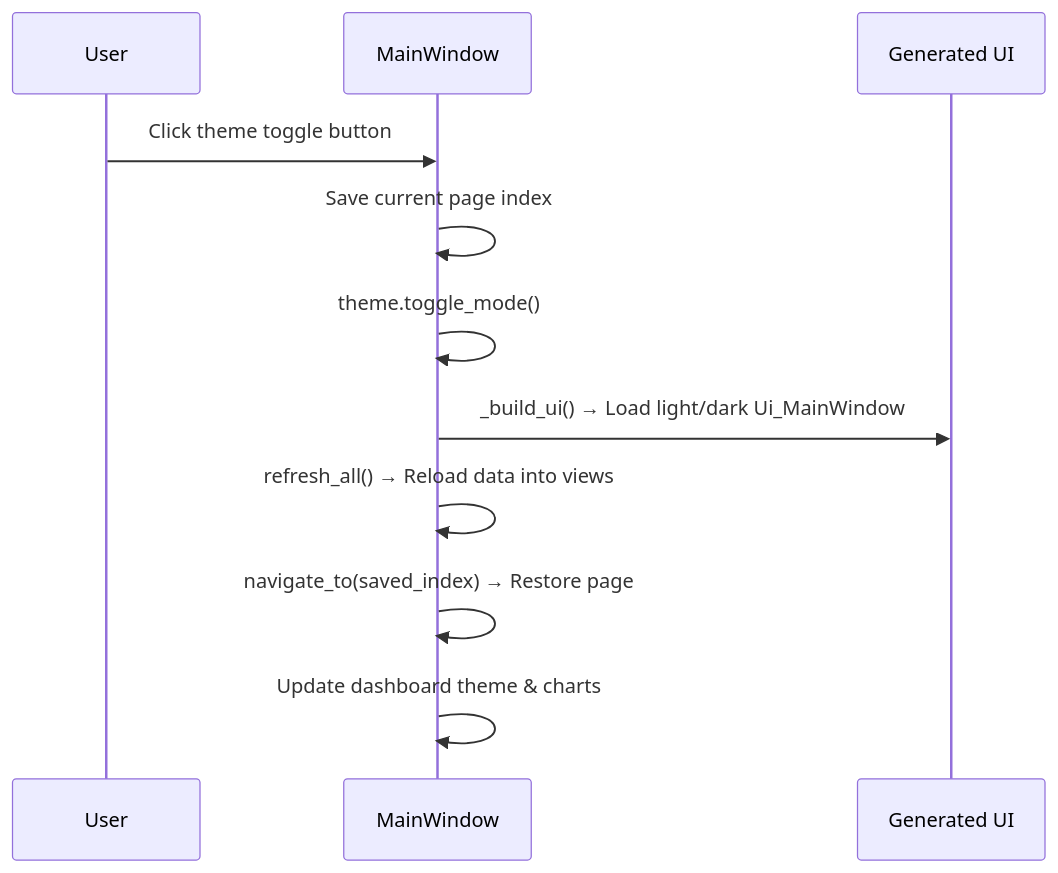
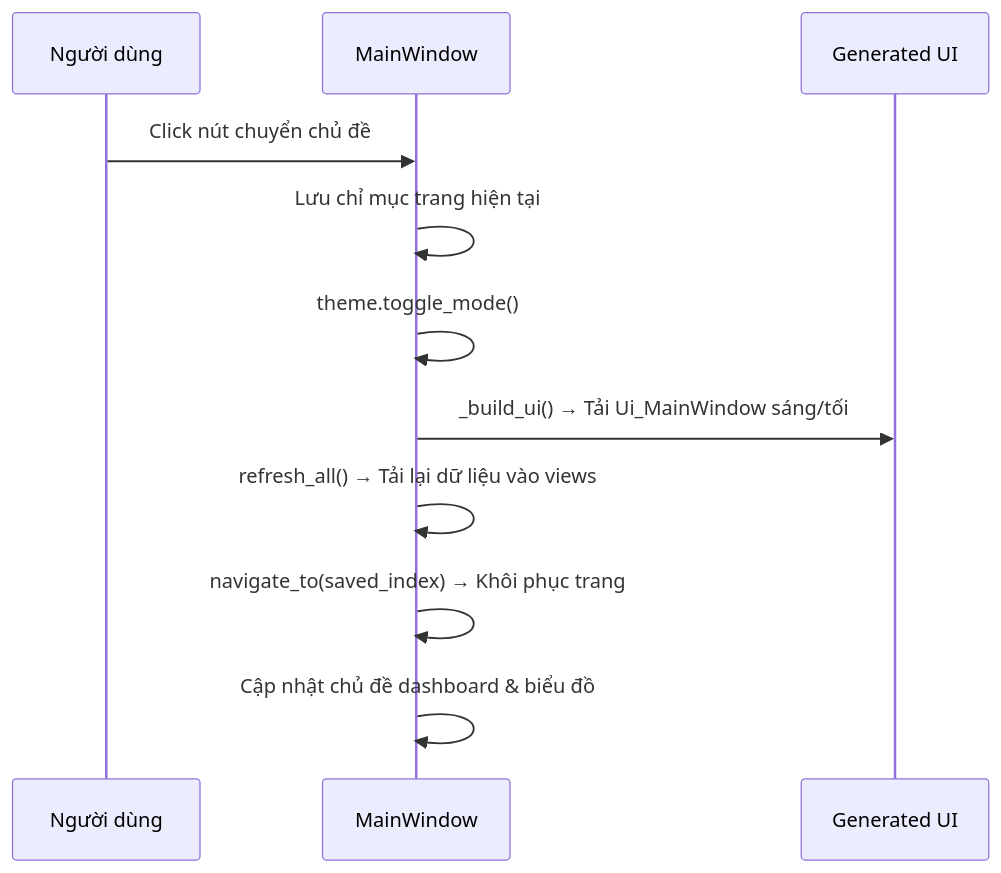
Before and after one commit to Des1r3d/KiThuatLapTrinhNhom3: the third of 3 diagrams in context.md, drawn with Mermaid. The commit also changed other lines of this file and 30 other files, not shown here.

````diff
--- a/context.md
+++ b/context.md
@@ -383,14 +431,14 @@
 ```mermaid
 sequenceDiagram
-    participant U as User
+    participant U as Người dùng
     participant MW as MainWindow
     participant UI as Generated UI
 
-    U->>MW: Click theme toggle button
-    MW->>MW: Save current page index
+    U->>MW: Click nút chuyển chủ đề
+    MW->>MW: Lưu chỉ mục trang hiện tại
     MW->>MW: theme.toggle_mode()
-    MW->>UI: _build_ui() → Load light/dark Ui_MainWindow
-    MW->>MW: refresh_all() → Reload data into views
-    MW->>MW: navigate_to(saved_index) → Restore page
-    MW->>MW: Update dashboard theme & charts
+    MW->>UI: _build_ui() → Tải Ui_MainWindow sáng/tối
+    MW->>MW: refresh_all() → Tải lại dữ liệu vào views
+    MW->>MW: navigate_to(saved_index) → Khôi phục trang
+    MW->>MW: Cập nhật chủ đề dashboard & biểu đồ
 ```
````
